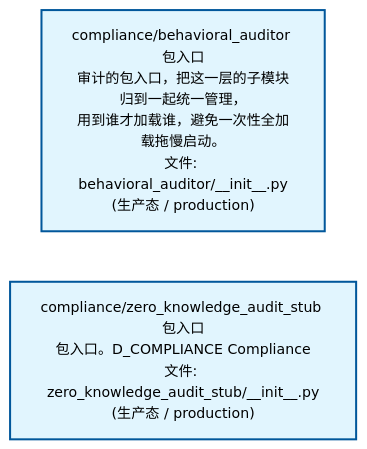
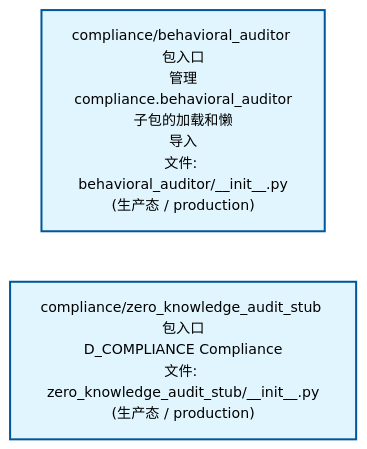
One commit to xuanFelixVan/ZephyrAlpha changed the second of 4 diagrams in docs/02_enterprise_architecture/02_domain_architecture_docs/38_d_compliance.md. Above: the diagram before and after it, drawn with Mermaid. The commit also changed other lines of this file and 58 other files, not shown here.

````diff
--- a/docs/02_enterprise_architecture/02_domain_architecture_docs/38_d_compliance.md
+++ b/docs/02_enterprise_architecture/02_domain_architecture_docs/38_d_compliance.md
@@ -92,12 +92,12 @@
 ```mermaid
 %%{init: {'theme': 'base', 'themeVariables': {'primaryColor': '#eaeaea', 'primaryTextColor': '#333333', 'primaryBorderColor': '#666666', 'lineColor': '#666666', 'secondaryColor': '#eaeaea', 'tertiaryColor': '#eaeaea', 'fontSize': '14px'}}}%%
 flowchart TD
-    src_zephyr_compliance_behavioral_auditor_init_py["compliance/behavioral_auditor 包入口<br/>审计的包入口，把这一层的子模块归到一起统一管理，<br/>用到谁才加载谁，避免一次性全加载拖慢启动。<br/>文件: behavioral_auditor/__init__.py<br/>(生产态 / production)"]
-    src_zephyr_compliance_zero_knowledge_audit_stub_init_py["compliance/zero_knowledge_audit_stub 包入口<br/>包入口。D_COMPLIANCE Compliance<br/>文件: zero_knowledge_audit_stub/__init__.py<br/>(生产态 / production)"]
+    src_zephyr_compliance_behavioral_auditor_init_py["compliance/behavioral_auditor 包入口<br/>管理compliance.behavioral_auditor子包的加载和懒<br/>导入<br/>文件: behavioral_auditor/__init__.py<br/>(生产态 / production)"]
+    src_zephyr_compliance_zero_knowledge_audit_stub_init_py["compliance/zero_knowledge_audit_stub 包入口<br/>D_COMPLIANCE Compliance<br/>文件: zero_knowledge_audit_stub/__init__.py<br/>(生产态 / production)"]
     src_zephyr_compliance_behavioral_auditor_init_py ~~~ src_zephyr_compliance_zero_knowledge_audit_stub_init_py
     classDef production fill:#e1f5fe,stroke:#01579b,stroke-width:2px,color:#000
     classDef design fill:#fff3e0,stroke:#e65100,stroke-width:2px,color:#000,stroke-dasharray: 5 5
     classDef external_prod fill:#e8f4fd,stroke:#0277bd,stroke-width:1px,color:#000
     classDef external_design fill:#fff8e7,stroke:#ef6c00,stroke-width:1px,color:#000,stroke-dasharray: 5 5
     class src_zephyr_compliance_behavioral_auditor_init_py,src_zephyr_compliance_zero_knowledge_audit_stub_init_py production
 ```
````
